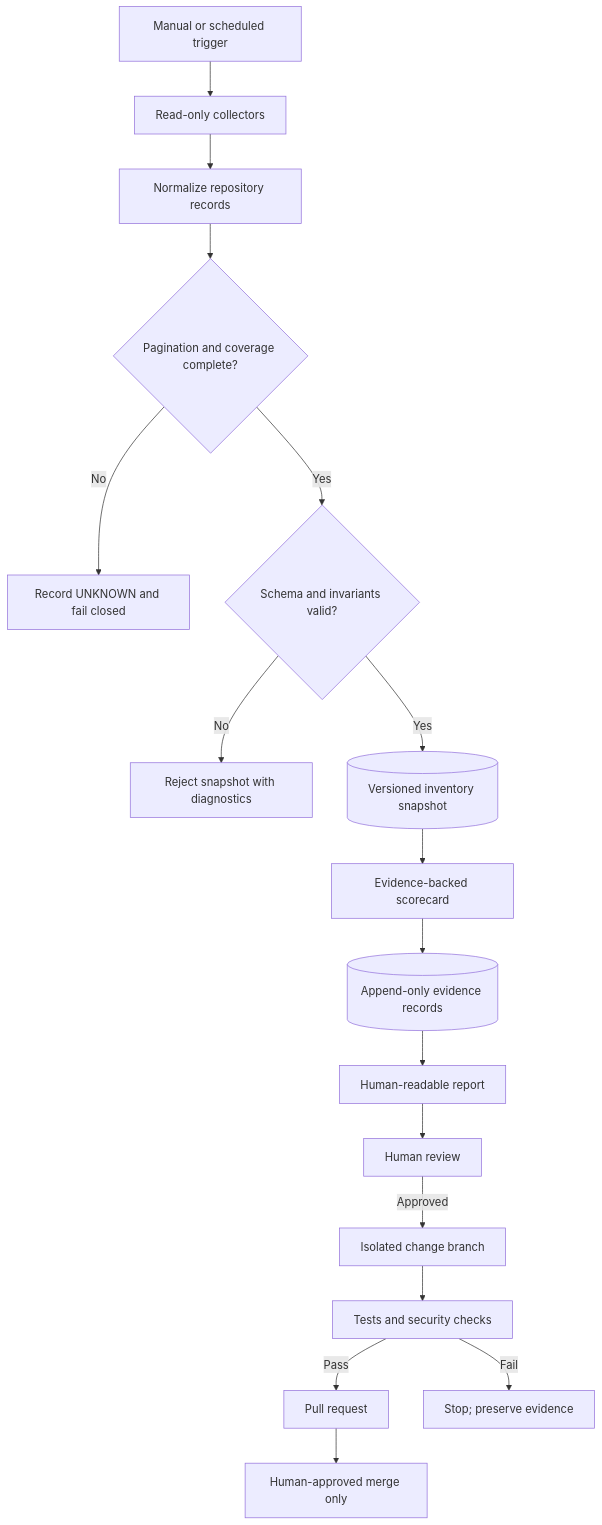
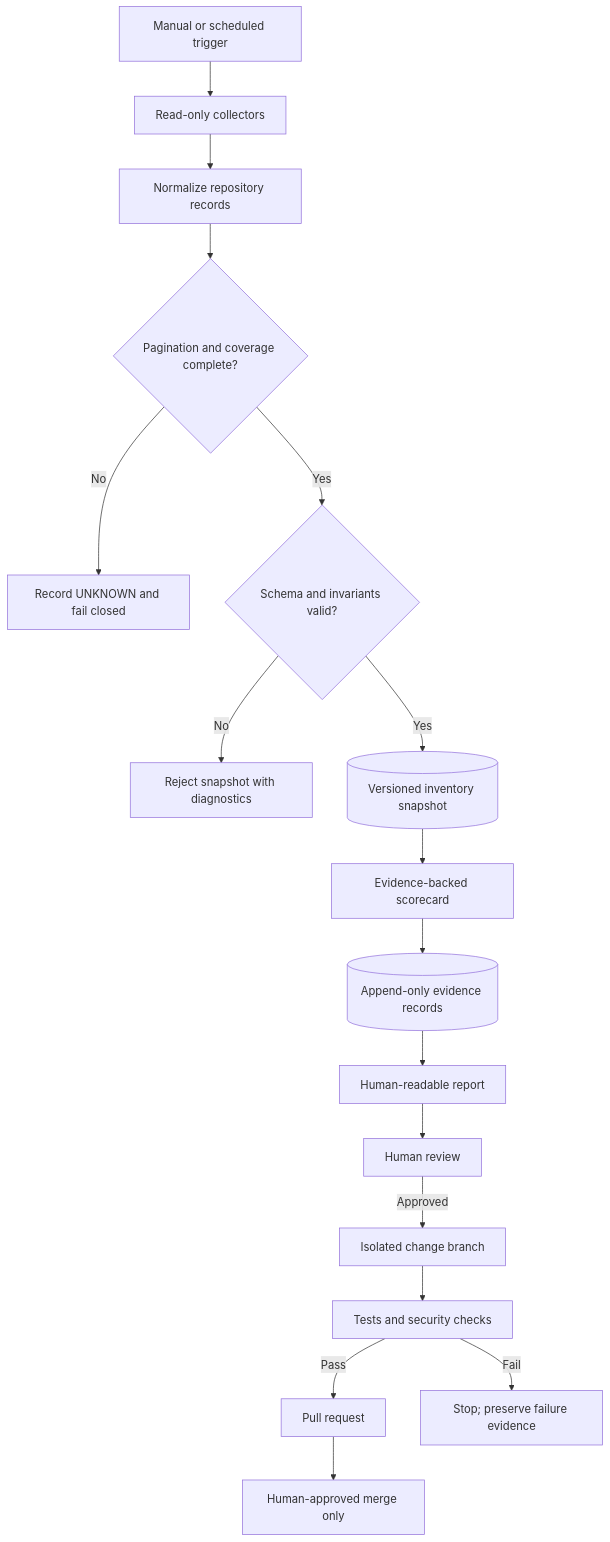
Before and after one commit to dhe-cruzer69/x4-fleet: the first of 2 diagrams in docs/X4_BEASTMODE.md, drawn with Mermaid. The commit also changed other lines of this file, not shown here.

Commit message:
docs(contracts): define PASS evidence semantics

````diff
--- a/docs/X4_BEASTMODE.md
+++ b/docs/X4_BEASTMODE.md
@@ -24,19 +24,19 @@
 ```mermaid
 flowchart TD
   Trigger[Manual or scheduled trigger] --> Collect[Read-only collectors]
   Collect --> Normalize[Normalize repository records]
   Normalize --> Coverage{Pagination and coverage complete?}
   Coverage -- No --> Unknown[Record UNKNOWN and fail closed]
   Coverage -- Yes --> Schema{Schema and invariants valid?}
   Schema -- No --> Reject[Reject snapshot with diagnostics]
   Schema -- Yes --> Snapshot[(Versioned inventory snapshot)]
   Snapshot --> Score[Evidence-backed scorecard]
   Score --> Ledger[(Append-only evidence records)]
   Ledger --> Report[Human-readable report]
   Report --> Review[Human review]
   Review -->|Approved| Branch[Isolated change branch]
   Branch --> CI[Tests and security checks]
   CI -->|Pass| PR[Pull request]
-  CI -->|Fail| Stop[Stop; preserve evidence]
+  CI -->|Fail| Stop[Stop; preserve failure evidence]
   PR --> Merge[Human-approved merge only]
 ```
````
